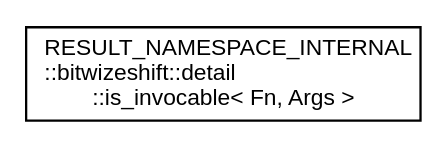
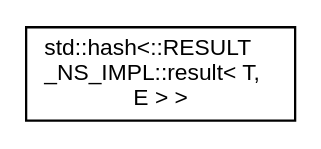
Before and after one commit to bitwizeshift/result: the diagram in api/latest/inherit_graph_8.dot, drawn with Graphviz. The commit also changed 309 other files, not shown here.

```diff
--- a/api/latest/inherit_graph_8.dot
+++ b/api/latest/inherit_graph_8.dot
@@ -1,7 +1,7 @@
 digraph "Graphical Class Hierarchy"
 {
   edge [fontname="Helvetica",fontsize="10",labelfontname="Helvetica",labelfontsize="10"];
   node [fontname="Helvetica",fontsize="10",shape=record];
   rankdir="LR";
-  Node0 [label="RESULT_NAMESPACE_INTERNAL\l::bitwizeshift::detail\l::is_invocable\< Fn, Args \>",height=0.2,width=0.4,color="black", fillcolor="white", style="filled",URL="$d9/de0/struct_r_e_s_u_l_t___n_a_m_e_s_p_a_c_e___i_n_t_e_r_n_a_l_1_1bitwizeshift_1_1detail_1_1is__invocable.html"];
+  Node0 [label="std::hash\<::RESULT\l_NS_IMPL::result\< T,\l E \> \>",height=0.2,width=0.4,color="black", fillcolor="white", style="filled",URL="$d6/d76/structstd_1_1hash_3_1_1_r_e_s_u_l_t___n_s___i_m_p_l_1_1result_3_01_t_00_01_e_01_4_01_4.html"];
 }
```
